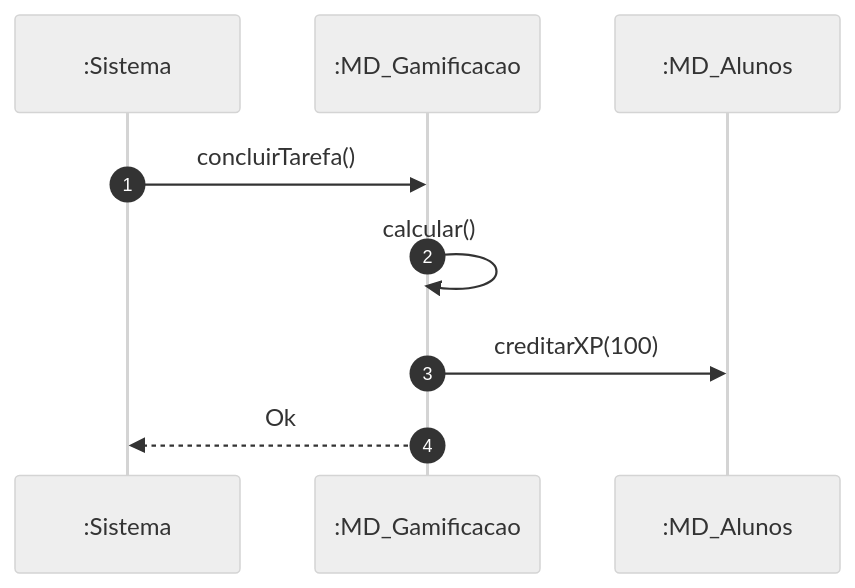
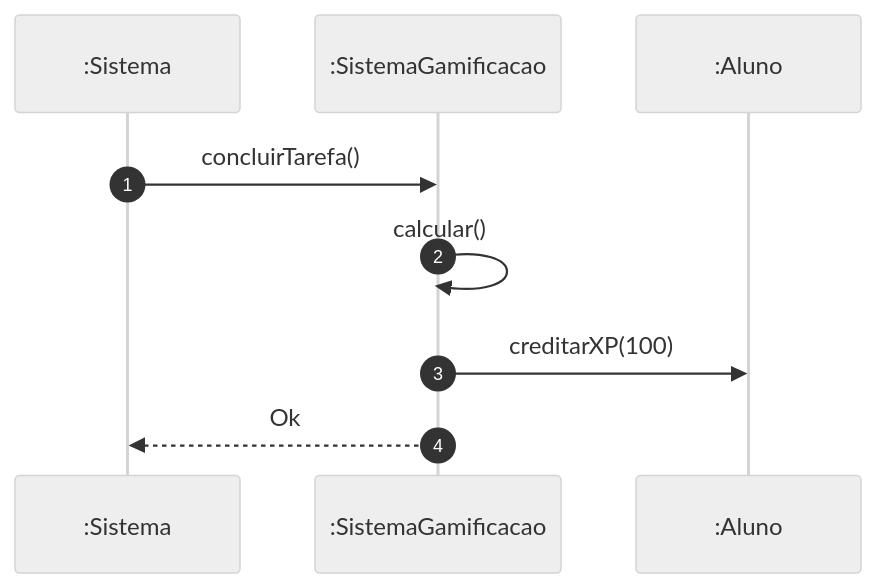
The second of 2 diagrams in PIM_III/02_Modelagem_UML_Astah/UC12_Atribuir_XP_Moedas/README.md (MayconDIS/PIM_III-Documentacao_UML), drawn with Mermaid (neutral theme) before and after one commit. The commit also changed other lines of this file and 86 other files, not shown here.

Commit message:
docs(uml): add comprehensive UML diagrams and tutorials for all 15 use cases

````diff
--- a/PIM_III/02_Modelagem_UML_Astah/UC12_Atribuir_XP_Moedas/README.md
+++ b/PIM_III/02_Modelagem_UML_Astah/UC12_Atribuir_XP_Moedas/README.md
@@ -66,11 +66,11 @@
 ```mermaid
 sequenceDiagram
     autonumber
     participant S as :Sistema
-    participant G as :MD_Gamificacao
-    participant A as :MD_Alunos
+    participant G as :SistemaGamificacao
+    participant A as :Aluno
     S->>G: concluirTarefa()
     G->>G: calcular()
     G->>A: creditarXP(100)
     G-->>S: Ok
 ```
````
